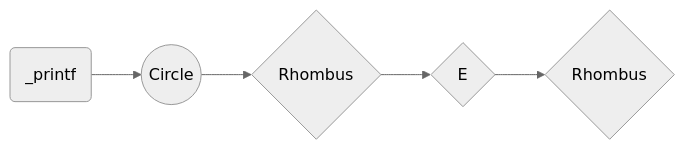
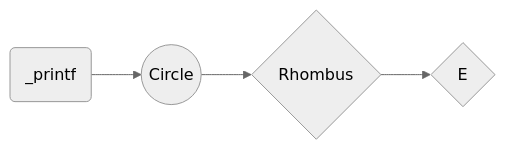
Before and after one commit to esteban-94/holbertonschool-printf: the diagram in README.md, drawn with Mermaid (neutral theme).

Commit message:
_printf project

````diff
--- a/README.md
+++ b/README.md
@@ -49,7 +49,6 @@
 ```mermaid
 graph LR
 A(_printf) --> B((Circle))
 B --> C{Rhombus}
 C --> E{E}
-E --> f{Rhombus}
 ```
````
